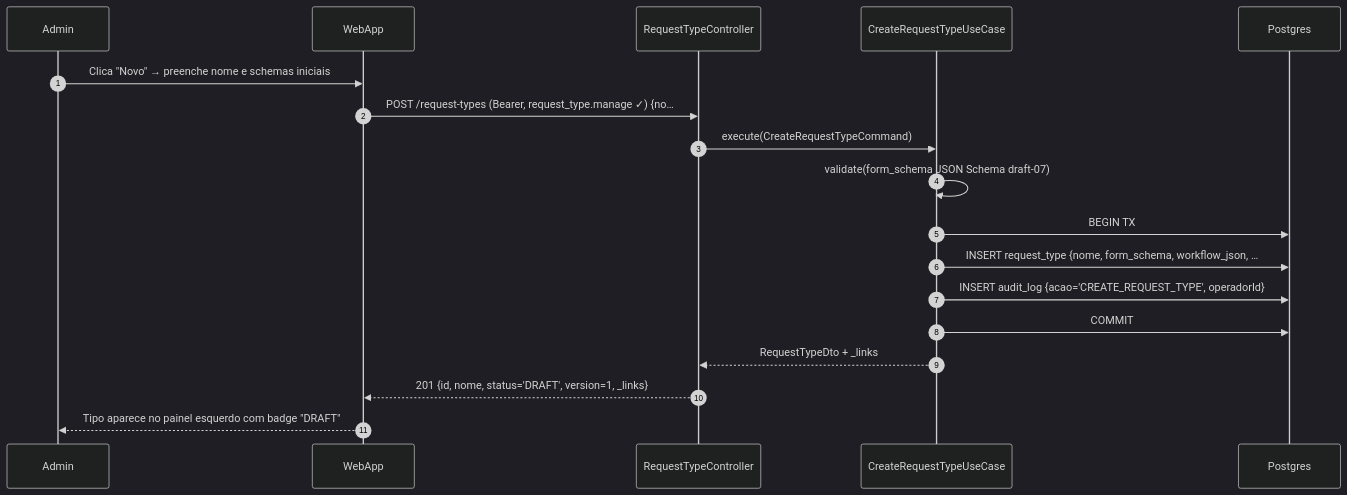
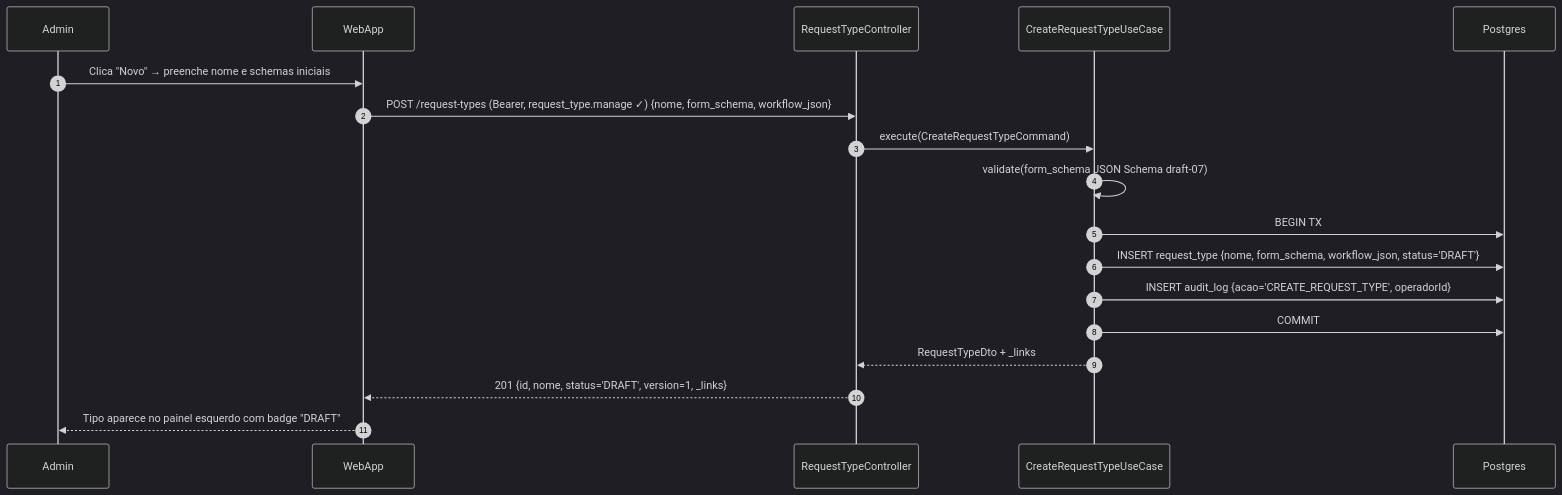
The second of 7 diagrams in foundationDocs/sequenceDiagrams/F7 — Admin/US-F7-003-WORKFLOW-ENGINE.md (umishell/secretariaOnline2), drawn with Mermaid (dark theme) before and after one commit. The commit also changed other lines of this file and 70 other files, not shown here.

First line of the commit message:
Enhance database documentation and introduce new schema files

````diff
--- a/foundationDocs/sequenceDiagrams/F7 — Admin/US-F7-003-WORKFLOW-ENGINE.md
+++ b/foundationDocs/sequenceDiagrams/F7 — Admin/US-F7-003-WORKFLOW-ENGINE.md
@@ -106,21 +106,21 @@
 ```mermaid
 sequenceDiagram
     autonumber
     participant Admin
     participant WebApp
     participant RTController as RequestTypeController
     participant CreateRTUC as CreateRequestTypeUseCase
     participant Postgres
 
     Admin->>WebApp: Clica "Novo" → preenche nome e schemas iniciais
-    WebApp->>RTController: POST /request-types (Bearer, request_type.manage ✓) {no…
+    WebApp->>RTController: POST /request-types (Bearer, request_type.manage ✓) {nome, form_schema, workflow_json}
     RTController->>CreateRTUC: execute(CreateRequestTypeCommand)
     CreateRTUC->>CreateRTUC: validate(form_schema JSON Schema draft-07)
     CreateRTUC->>Postgres: BEGIN TX
-    CreateRTUC->>Postgres: INSERT request_type {nome, form_schema, workflow_json, …
+    CreateRTUC->>Postgres: INSERT request_type {nome, form_schema, workflow_json, status='DRAFT'}
     CreateRTUC->>Postgres: INSERT audit_log {acao='CREATE_REQUEST_TYPE', operadorId}
     CreateRTUC->>Postgres: COMMIT
     CreateRTUC-->>RTController: RequestTypeDto + _links
     RTController-->>WebApp: 201 {id, nome, status='DRAFT', version=1, _links}
     WebApp-->>Admin: Tipo aparece no painel esquerdo com badge "DRAFT"
 ```
````
